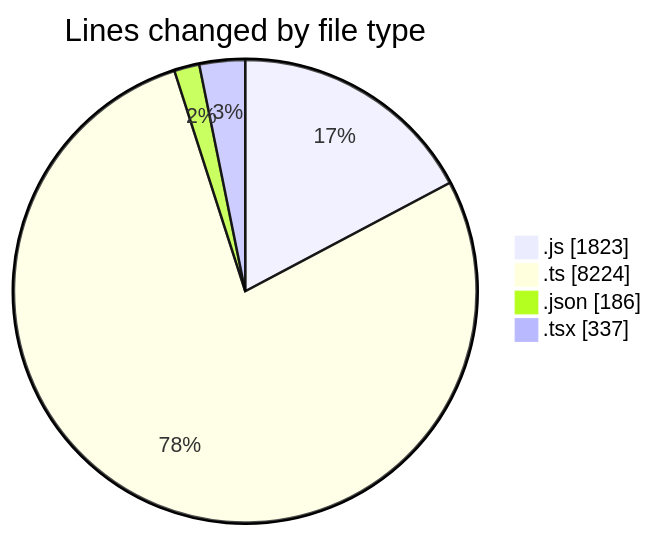
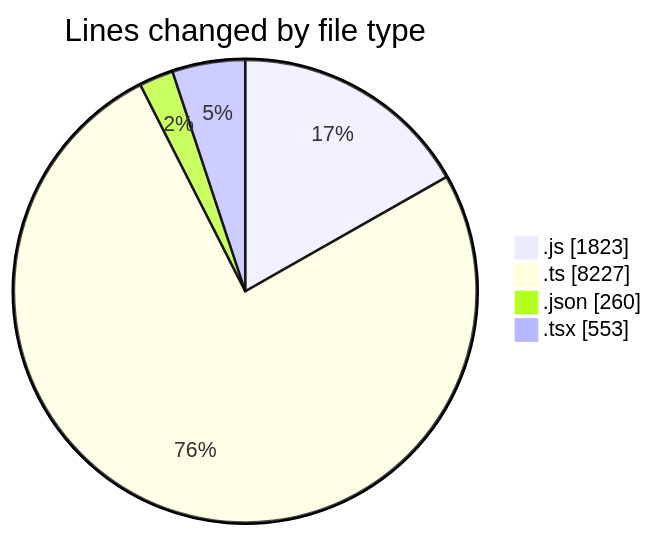
Before and after one commit to momahboobian/code-tracking: the first of 2 diagrams in 2026-04-08/cda/README.md, drawn with Mermaid. The commit also changed other lines of this file and 1 other file, not shown here.

````diff
--- a/2026-04-08/cda/README.md
+++ b/2026-04-08/cda/README.md
@@ -27,8 +30,8 @@
 ```mermaid
 pie showData
 title Lines changed by file type
 ".js" : 1823
-".ts" : 8224
-".json" : 186
-".tsx" : 337
+".ts" : 8227
+".json" : 260
+".tsx" : 553
 ```
````
